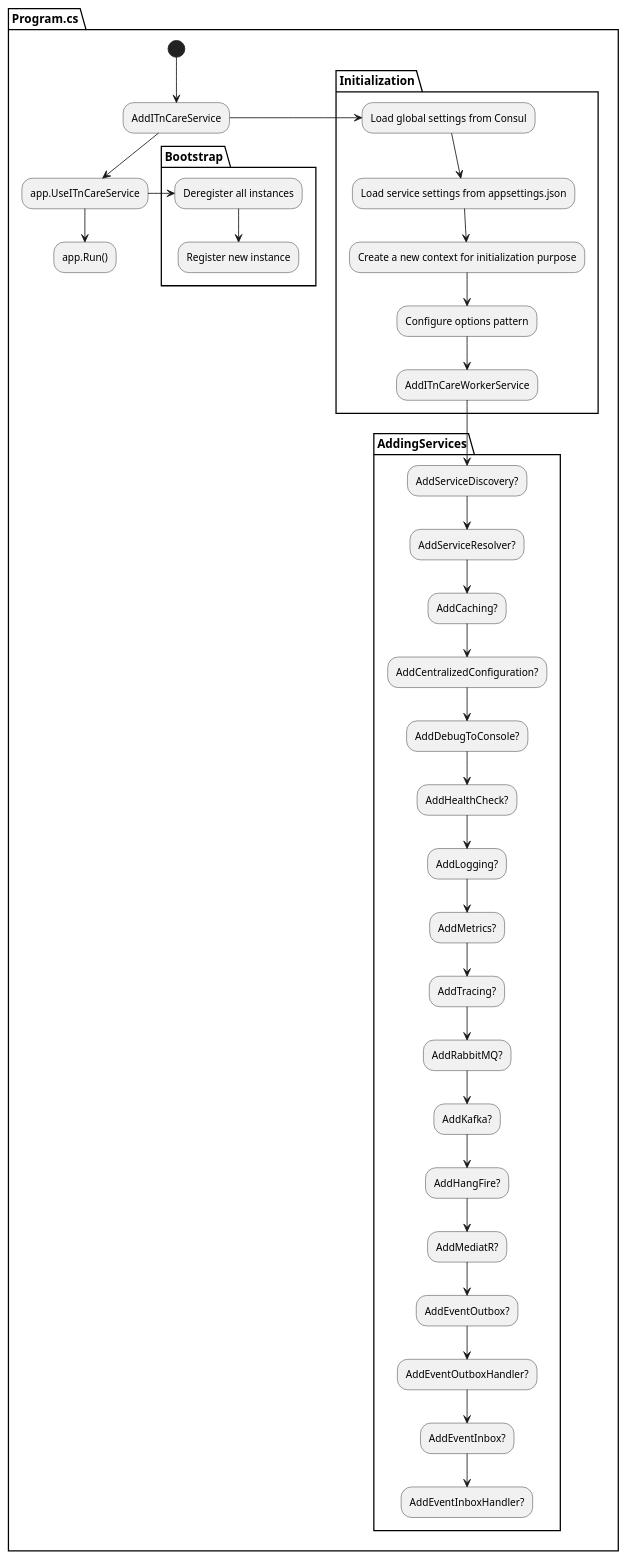
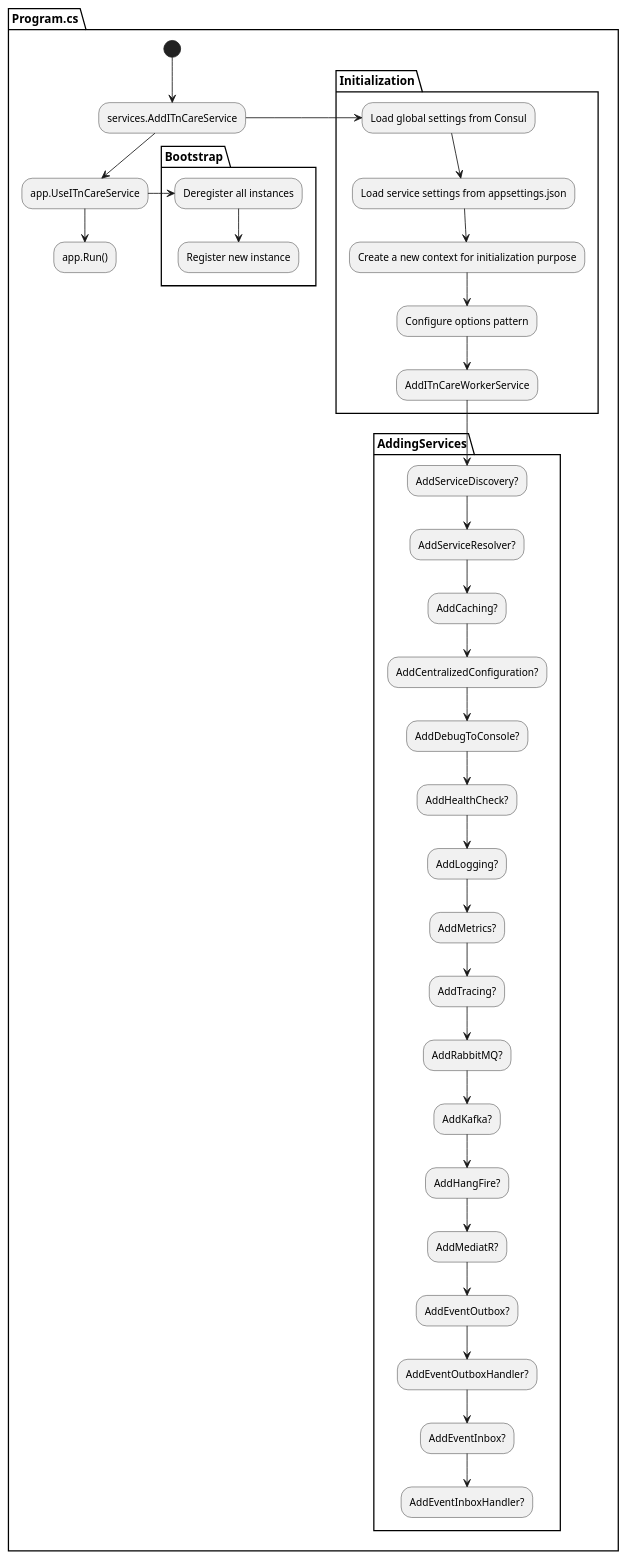
Before and after one commit to saeedmaghdam/sample-service-library: the diagram in docs/itncare.service.pu, drawn with PlantUML. The commit also changed 1 other file, not shown here.

Commit message:
improve: changed labels in diagram

```diff
--- a/docs/itncare.service.pu
+++ b/docs/itncare.service.pu
@@ -1,44 +1,44 @@
 @startuml
 
 partition Program.cs {
-    (*) --> AddITnCareService
+    (*) --> services.AddITnCareService
 
     partition Initialization {
-        AddITnCareService -> Load global settings from Consul
+        services.AddITnCareService -> Load global settings from Consul
         --> Load service settings from appsettings.json
         --> Create a new context for initialization purpose
         --> Configure options pattern
         --> AddITnCareWorkerService
     }
 
     partition AddingServices {
         AddITnCareWorkerService --> AddServiceDiscovery?
         --> AddServiceResolver?
         --> AddCaching?
         --> AddCentralizedConfiguration?
         --> AddDebugToConsole?
         --> AddHealthCheck?
         --> AddLogging?
         --> AddMetrics?
         --> AddTracing?
         --> AddRabbitMQ?
         --> AddKafka?
         --> AddHangFire?
         --> AddMediatR?
         --> AddEventOutbox?
         --> AddEventOutboxHandler?
         --> AddEventInbox?
         --> AddEventInboxHandler?
     }
 
-    AddITnCareService --> app.UseITnCareService
+    services.AddITnCareService --> app.UseITnCareService
 
     partition Bootstrap {
         app.UseITnCareService -> Deregister all instances
         --> Register new instance
     }
 
     app.UseITnCareService --> app.Run()
 }
 
 @enduml
```
